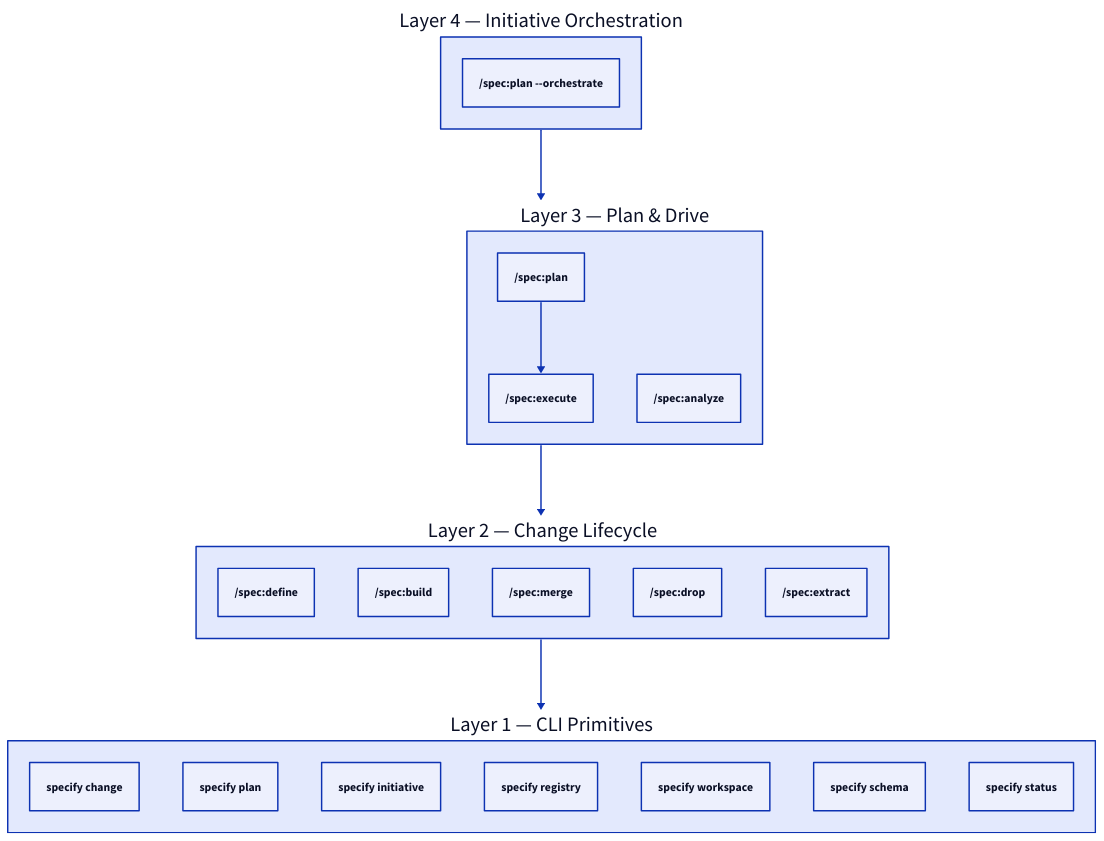
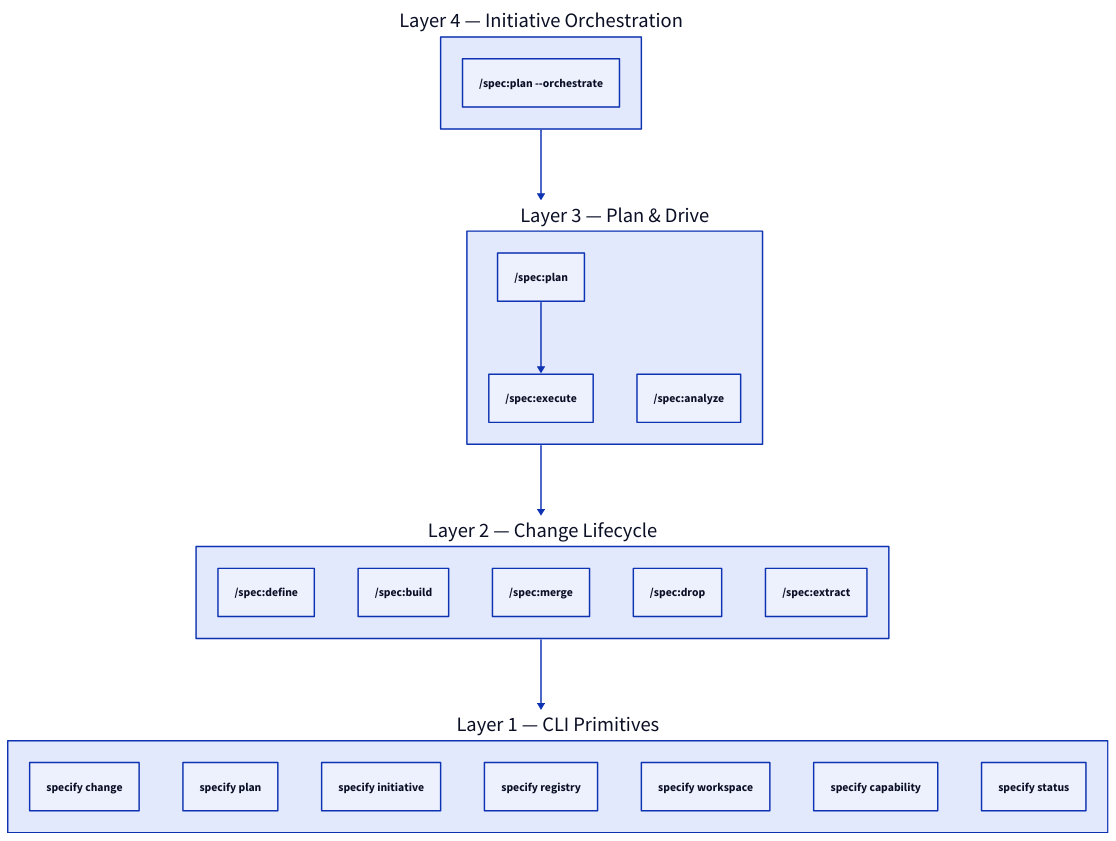
One commit to augentic/anvil changed the diagram in docs/explanation/three-layer-stack.md. Above: the diagram before and after it, drawn with D2. The commit also changed other lines of this file and 81 other files, not shown here.

````diff
--- a/docs/explanation/three-layer-stack.md
+++ b/docs/explanation/three-layer-stack.md
@@ -7,36 +7,36 @@
 ```d2
 direction: down
 
 Layer4: "Layer 4 — Initiative Orchestration" {
   initiative: "/spec:plan --orchestrate"
 }
 
 Layer3: "Layer 3 — Plan & Drive" {
   plan: "/spec:plan"
   execute: "/spec:execute"
   analyze: "/spec:analyze"
   plan -> execute
 }
 
 Layer2: "Layer 2 — Change Lifecycle" {
   define: "/spec:define"
   build: "/spec:build"
   mergeSkill: "/spec:merge"
   drop: "/spec:drop"
   extract: "/spec:extract"
 }
 
 Layer1: "Layer 1 — CLI Primitives" {
   changeCli: "specify change"
   planCli: "specify plan"
   initCli: "specify initiative"
   registryCli: "specify registry"
   workspaceCli: "specify workspace"
-  schemaCli: "specify schema"
+  capabilityCli: "specify capability"
   statusCli: "specify status"
 }
 
 Layer4 -> Layer3
 Layer3 -> Layer2
 Layer2 -> Layer1
 ```
````
